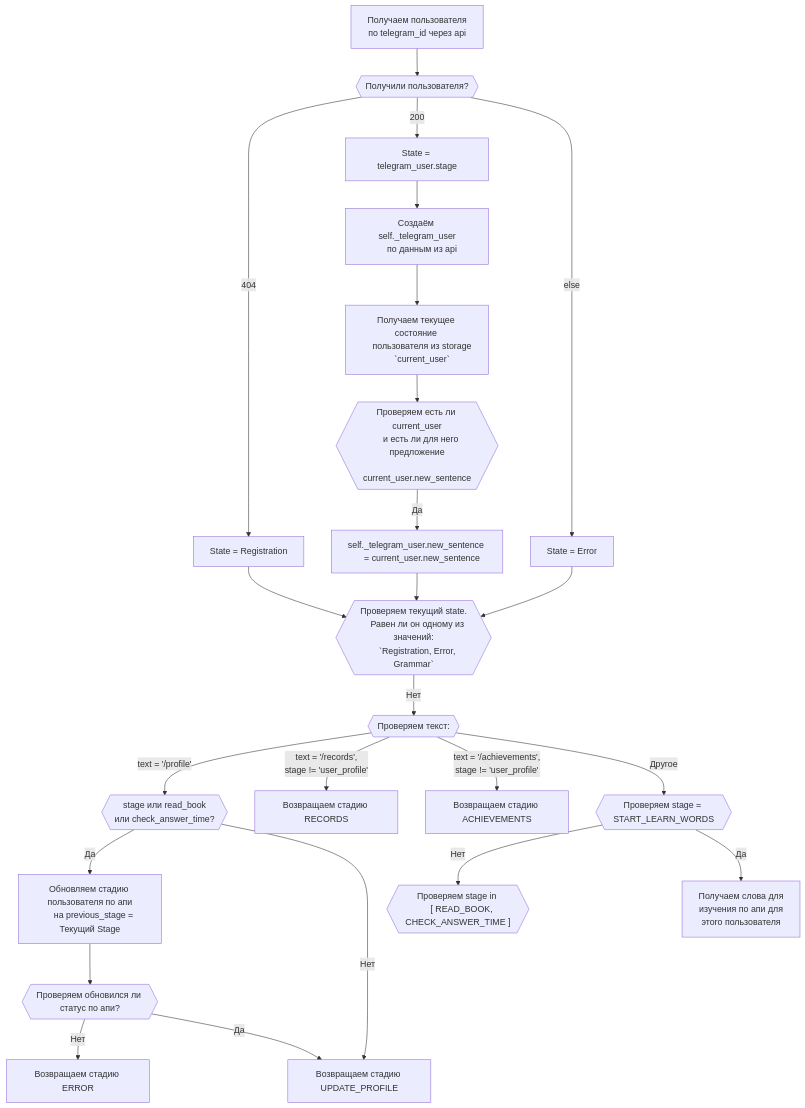
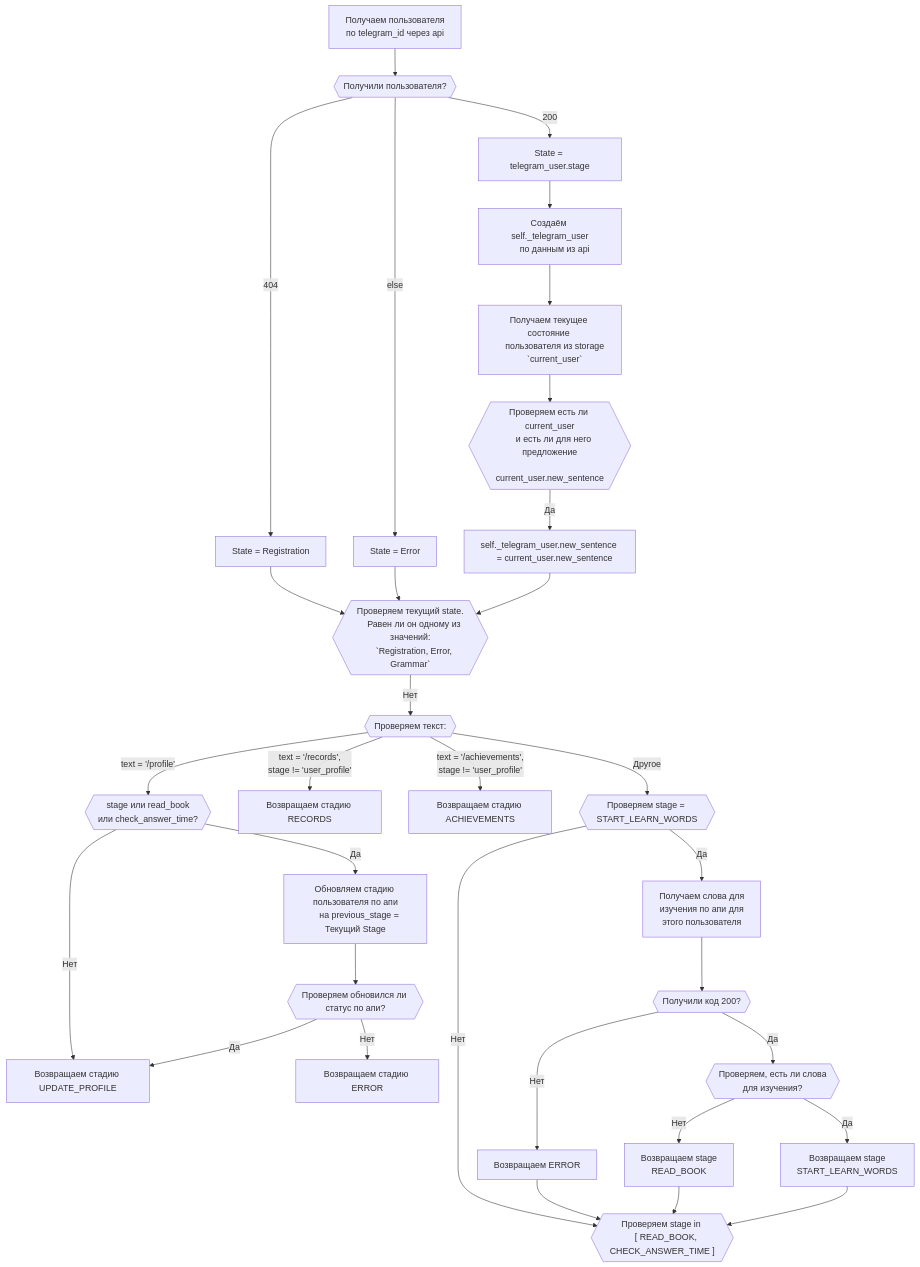
One commit to psgaiduk/learning_en_telegram_bot changed the diagram in documentation/middlewears_set_state.md. Above: the diagram before and after it, drawn with Mermaid.

Commit message:
docs(documentation): add logic for work start learn words in middlewears_set_state

````diff
--- a/documentation/middlewears_set_state.md
+++ b/documentation/middlewears_set_state.md
@@ -66,4 +66,24 @@
     изучения по апи для 
     этого пользователя
     ]
+    get_learn_words --> check_get_learn_words{{
+    Получили код 200?
+    }}
+    check_get_learn_words --> |Нет| return_error_after_get_learn_words[
+    Возвращаем ERROR
+    ]
+    check_get_learn_words --> |Да| check_have_words{{
+    Проверяем, есть ли слова
+    для изучения?
+    }}
+    check_have_words --> |Нет| return_read_book_after_get_learn_words[
+    Возвращаем stage 
+    READ_BOOK
+    ]
+    check_have_words --> |Да| return_start_learn_words_after_learn_words[
+    Возвращаем stage
+    START_LEARN_WORDS]
+    return_error_after_get_learn_words --> check_is_read_book
+    return_read_book_after_get_learn_words --> check_is_read_book
+    return_start_learn_words_after_learn_words --> check_is_read_book
 ```
````
